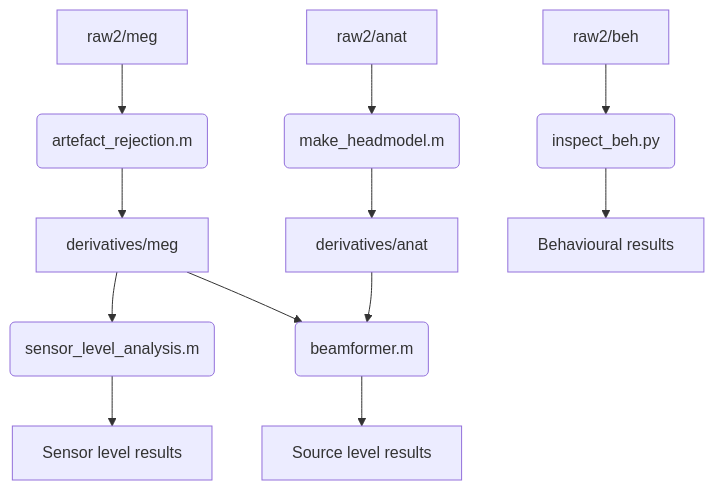
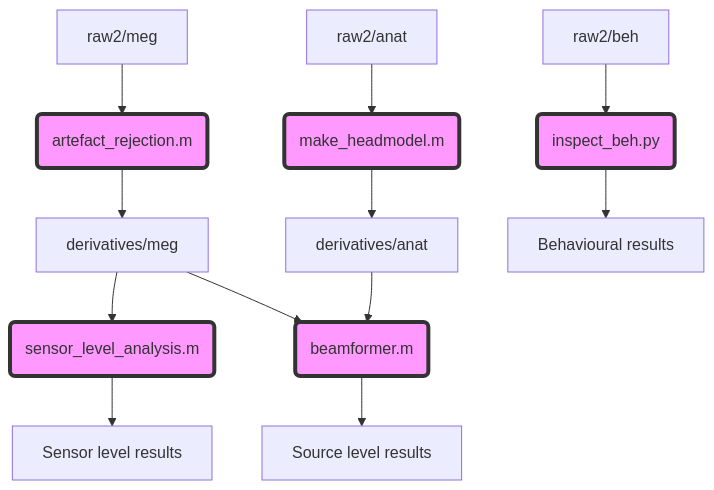
One commit to henneysq/meg-ahat changed the diagram in README.md. Above: the diagram before and after it, drawn with Mermaid.

````diff
--- a/README.md
+++ b/README.md
@@ -41,14 +41,21 @@
 ```mermaid
 graph TD;
     A[raw2/meg]-->a(artefact_rejection.m)-->B[derivatives/meg];
     
     B-->b(sensor_level_analysis.m)-->D[Sensor level results]
-    
+
     C[raw2/anat]-->c( make_headmodel.m)-->E[derivatives/anat]
     
     d(beamformer.m)
     B-->d-->F[Source level results]
     E-->d
 
     G[raw2/beh]-->e(inspect_beh.py)-->H[Behavioural results]
+    
+    
+    style a fill:#f9f,stroke:#333,stroke-width:4px
+    style b fill:#f9f,stroke:#333,stroke-width:4px
+    style c fill:#f9f,stroke:#333,stroke-width:4px
+    style d fill:#f9f,stroke:#333,stroke-width:4px
+    style e fill:#f9f,stroke:#333,stroke-width:4px
 ```
````
